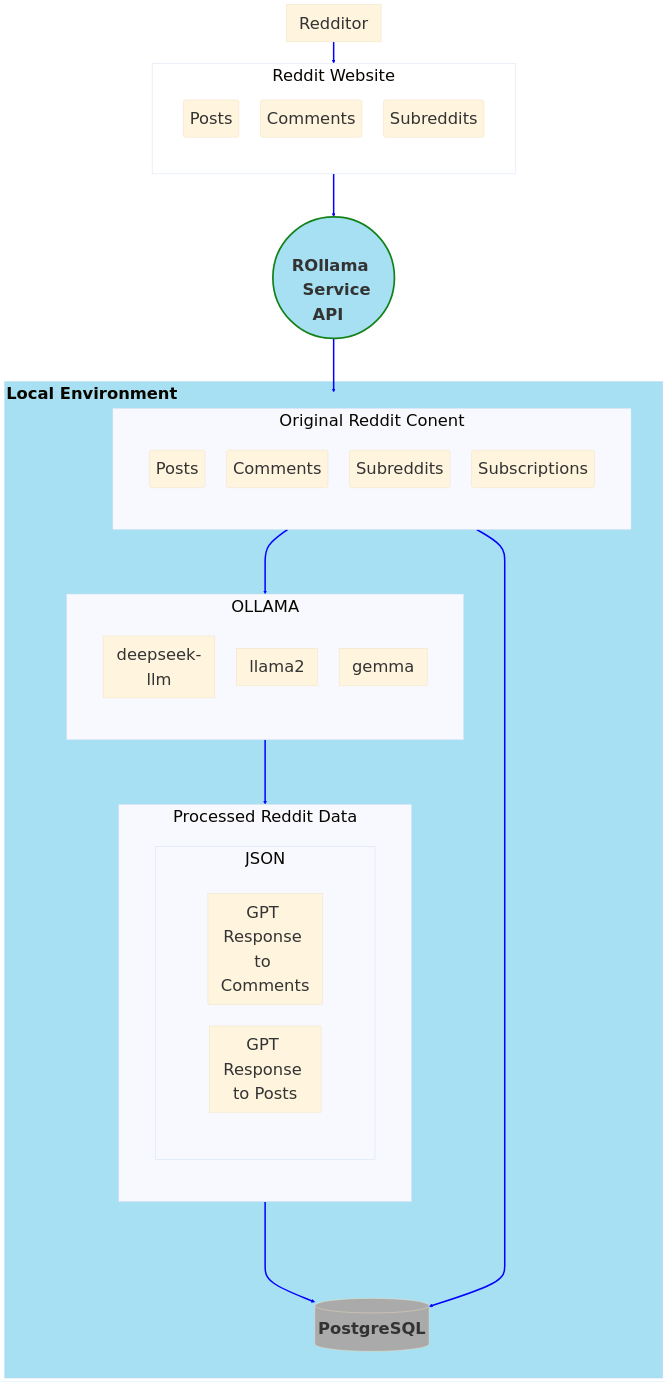
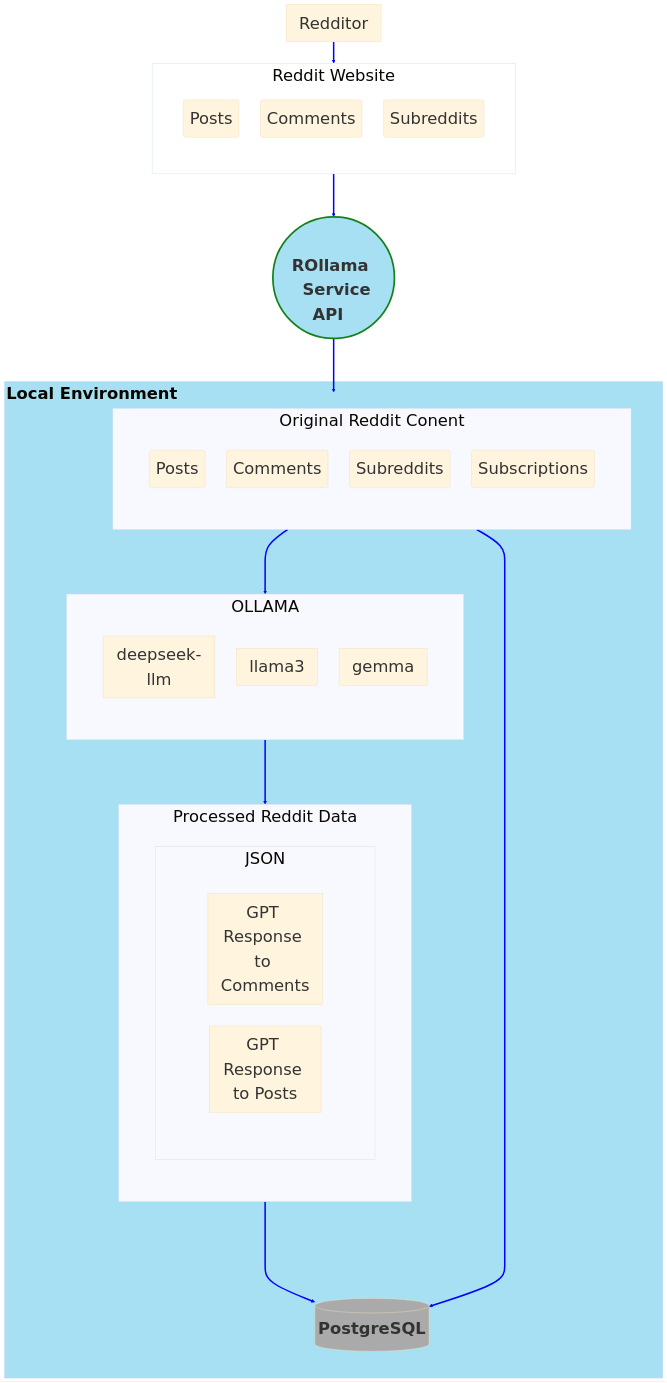
The first of 4 diagrams in README.md (ovaisq/LLM-RedditScraper), drawn with Mermaid before and after one commit. The commit also changed other lines of this file, not shown here.

````diff
--- a/README.md
+++ b/README.md
@@ -5,67 +5,67 @@
 ```mermaid
 %%{init: {'theme': 'base', "loglevel":1,'themeVariables': {'lineColor': 'Blue', 'fontSize':'38px',"fontFamily": "Trebuchet MS"}}}%%
 flowchart TD
     style Reddit fill:#fff
     style RR fill:#a7e0f2,stroke:#13821a,stroke-width:4px
     style LocalEnv fill:#a7e0f2
     style PSQL fill:#aaa
 
     classDef subgraph_padding fill:none,stroke:none
     Rr[Redditor]
     RR(("`&nbsp&nbsp
 &nbsp&nbsp&nbsp**ROllama&nbsp&nbsp&nbsp&nbsp
     &nbsp&nbsp&nbspService&nbsp&nbsp
     API&nbsp&nbsp**
     `"))
 
 
     Rr ==> Reddit ===> RR ===> ORD
     ORD ===> OLLAMA ===> PRD ====> PSQL
     ORD ==> PSQL
 
     subgraph Reddit["Reddit Website"]
         subgraph blank2[ ]
             RP(Posts)
             RC(Comments)
             RA(Subreddits)
         end
     end
 
     subgraph LocalEnv["`**Local&nbspEnvironment**`"&nbsp&nbsp&nbsp&nbsp&nbsp&nbsp&nbsp&nbsp&nbsp&nbsp&nbsp&nbsp&nbsp&nbsp&nbsp&nbsp&nbsp&nbsp&nbsp&nbsp&nbsp&nbsp&nbsp&nbsp&nbsp&nbsp&nbsp&nbsp&nbsp&nbsp&nbsp&nbsp&nbsp&nbsp&nbsp&nbsp&nbsp&nbsp&nbsp&nbsp&nbsp&nbsp&nbsp&nbsp&nbsp&nbsp&nbsp&nbsp&nbsp&nbsp&nbsp&nbsp&nbsp&nbsp&nbsp&nbsp&nbsp&nbsp&nbsp&nbsp&nbsp&nbsp&nbsp&nbsp&nbsp&nbsp&nbsp&nbsp&nbsp&nbsp&nbsp&nbsp&nbsp&nbsp&nbsp&nbsp&nbsp&nbsp&nbsp&nbsp&nbsp&nbsp&nbsp&nbsp&nbsp&nbsp&nbsp&nbsp&nbsp&nbsp&nbsp&nbsp&nbsp&nbsp&nbsp&nbsp&nbsp&nbsp&nbsp&nbsp&nbsp&nbsp&nbsp]
         subgraph blank[ ]
             direction TB
             PSQL[("`**PostgreSQL**`")]
             subgraph ORD["Original Reddit Conent"]
                 subgraph blank3[ ]
                     ORP(Posts)
                     ORC(Comments)
                     ORA(Subreddits)
                     ORB(Subscriptions)
                 end
             end
             subgraph OLLAMA
                 subgraph blank4[ ]
                     LLM1[deepseek-llm]
-                    LLM2[llama2]
+                    LLM2[llama3]
                     LLM3[gemma]
                 end
             end
             subgraph PRD["Processed Reddit Data"]
                 subgraph blank5[ ]
                     subgraph JSON
                         subgraph blank6[ ]
                             JAC["GPT Response to Comments"]
                             JAP["GPT Response to Posts"]
                         end
                     end
                 end
             end
         end
     end
     class blank subgraph_padding
     class blank2 subgraph_padding
     class blank3 subgraph_padding
     class blank4 subgraph_padding
     class blank5 subgraph_padding
     class blank6 subgraph_padding
 ```
````
